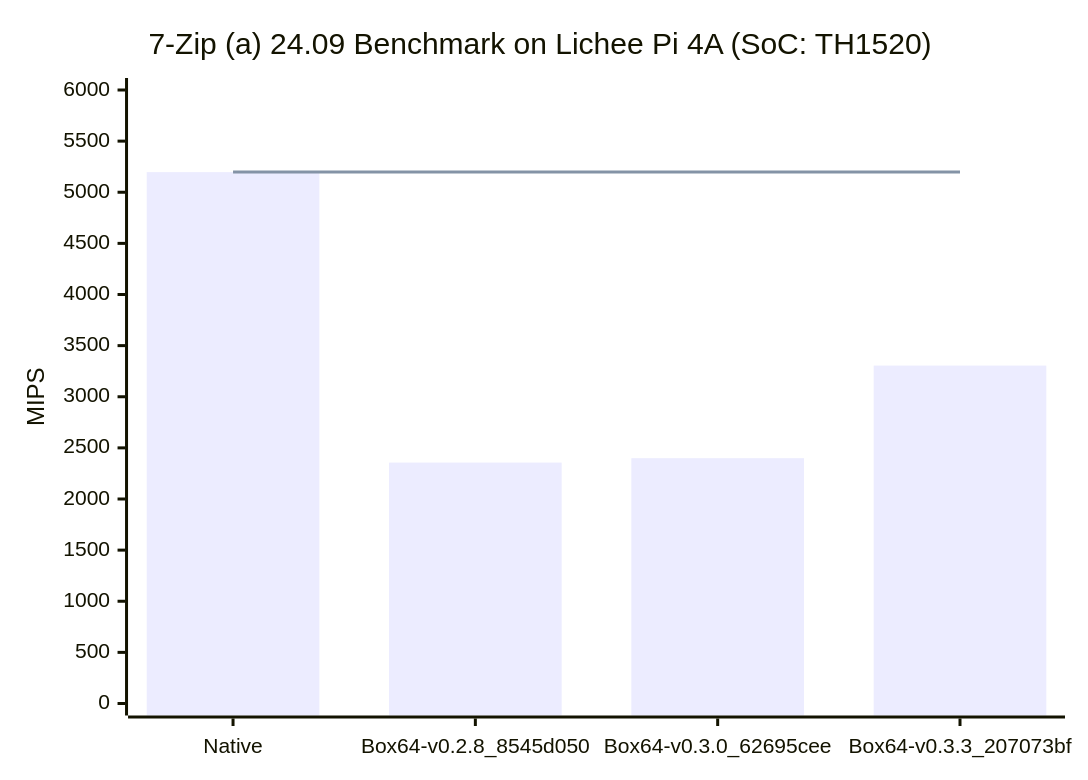
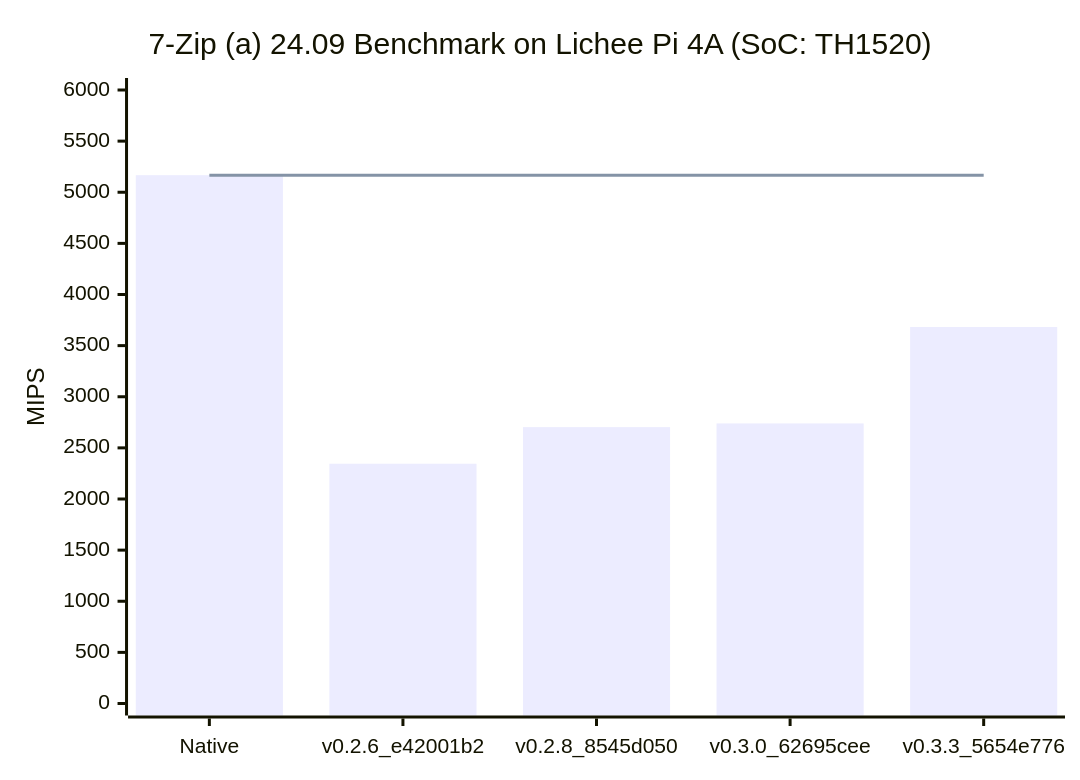
One commit to ksco/box64-for-riscv-guide changed the diagram in docs/benchmark/7z_lpi4a.md. Above: the diagram before and after it, drawn with Mermaid. The commit also changed other lines of this file, not shown here.

````diff
--- a/docs/benchmark/7z_lpi4a.md
+++ b/docs/benchmark/7z_lpi4a.md
@@ -9,8 +9,8 @@
 ```mermaid
 xychart-beta
     title "7-Zip (a) 24.09 Benchmark on Lichee Pi 4A (SoC: TH1520)"
-    x-axis [Native, Box64-v0.2.8_8545d050, Box64-v0.3.0_62695cee, Box64-v0.3.3_207073bf]
+    x-axis [Native, v0.2.6_e42001b2, v0.2.8_8545d050, v0.3.0_62695cee, v0.3.3_5654e776]
     y-axis "MIPS" 0 --> 6000
-    bar [5197, 2356, 2399, 3305]
-    line [5197, 5197, 5197, 5197]
+    bar [5167, 2345, 2703, 2739, 3682]
+    line [5167, 5167, 5167, 5167, 5167]
 ```
````
